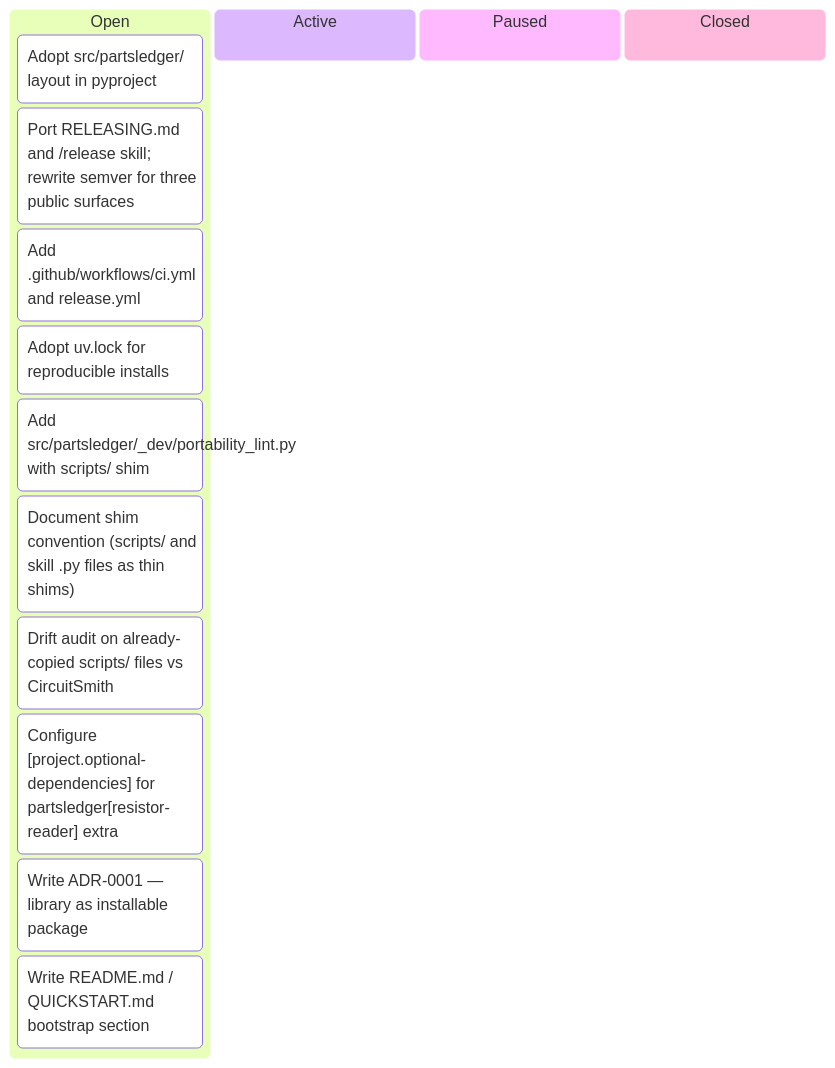
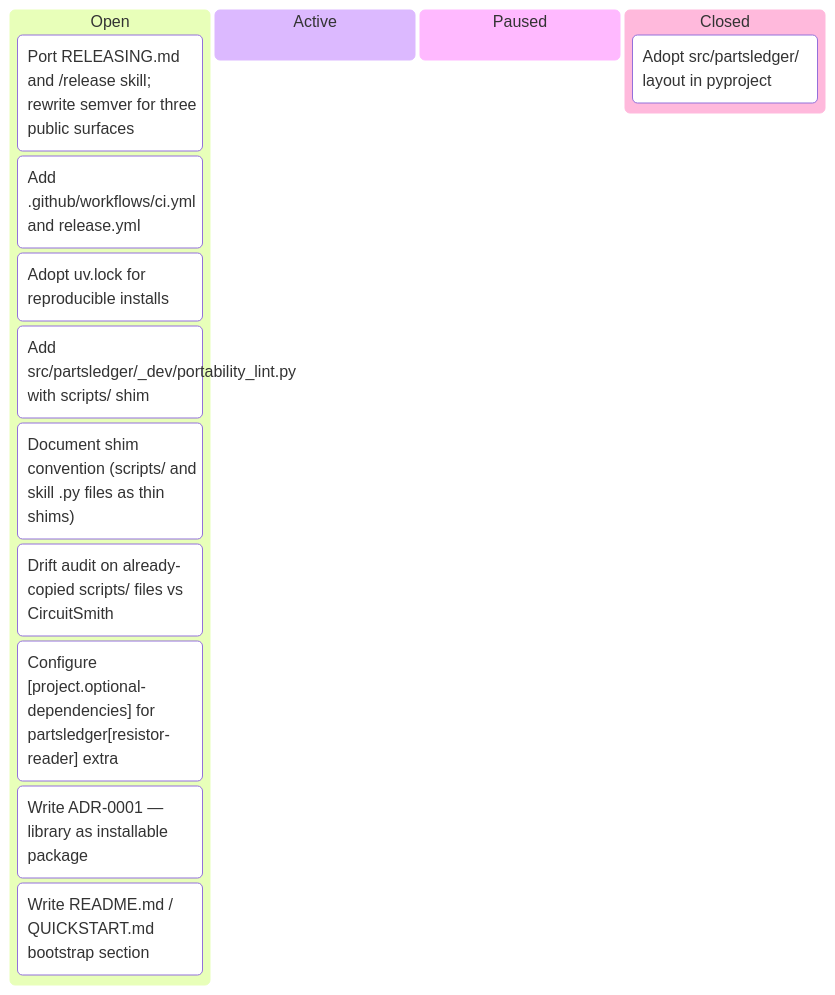
One commit to tgd1975/PartsLedger changed the fourth of 8 diagrams in docs/developers/tasks/KANBAN.md. Above: the diagram before and after it, drawn with Mermaid. The commit also changed other lines of this file and 25 other files, not shown here.

````diff
--- a/docs/developers/tasks/KANBAN.md
+++ b/docs/developers/tasks/KANBAN.md
@@ -60,17 +60,17 @@
 ```mermaid
 kanban
   Open
-    TASK_022["Adopt src/partsledger/ layout in pyproject"]
     TASK_023["Port RELEASING.md and /release skill; rewrite semver for three public surfaces"]
     TASK_024["Add .github/workflows/ci.yml and release.yml"]
     TASK_025["Adopt uv.lock for reproducible installs"]
     TASK_026["Add src/partsledger/_dev/portability_lint.py with scripts/ shim"]
     TASK_027["Document shim convention (scripts/ and skill .py files as thin shims)"]
     TASK_028["Drift audit on already-copied scripts/ files vs CircuitSmith"]
     TASK_029["Configure [project.optional-dependencies] for partsledger[resistor-reader] extra"]
     TASK_030["Write ADR-0001 — library as installable package"]
     TASK_031["Write README.md / QUICKSTART.md bootstrap section"]
   Active
   Paused
   Closed
+    TASK_022["Adopt src/partsledger/ layout in pyproject"]
 ```
````
